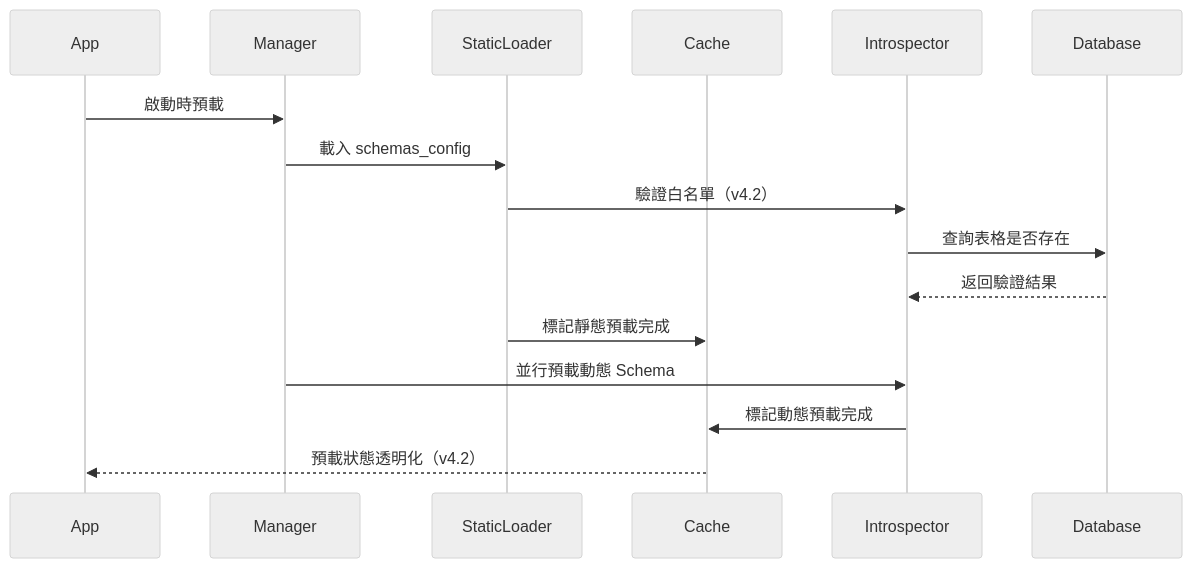
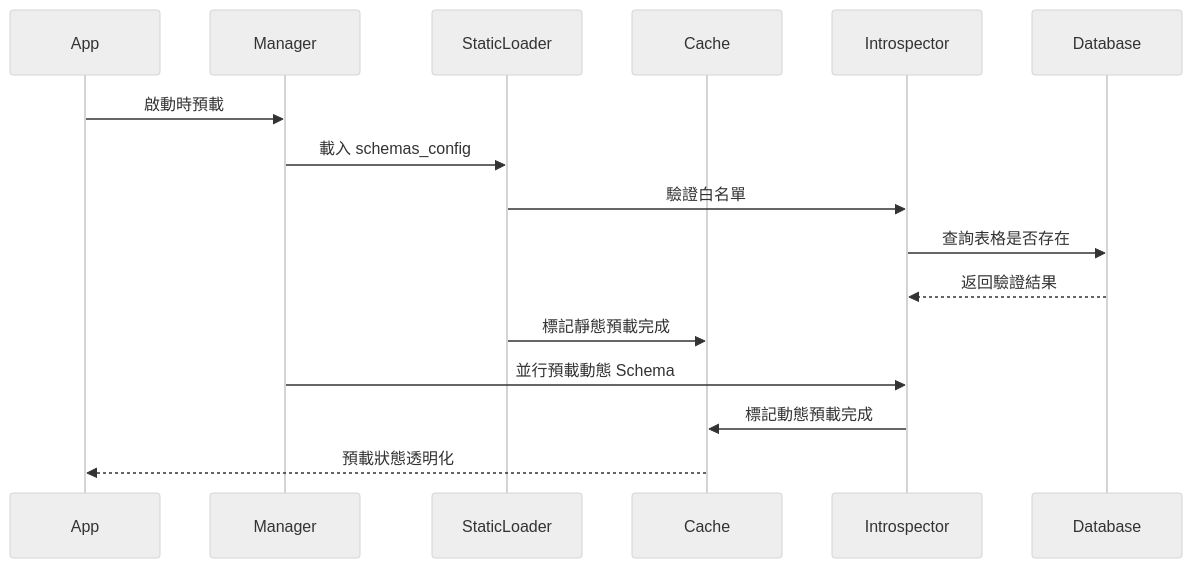
One commit to Bright0505/mcp-db changed the third of 4 diagrams in docs/architecture.md. Above: the diagram before and after it, drawn with Mermaid (neutral theme). The commit also changed other lines of this file and 14 other files, not shown here.

````diff
--- a/docs/architecture.md
+++ b/docs/architecture.md
@@ -510,19 +510,19 @@
 ```mermaid
 sequenceDiagram
     participant App
     participant Manager
     participant StaticLoader
     participant Cache
     participant Introspector
     participant Database
 
     App->>Manager: 啟動時預載
     Manager->>StaticLoader: 載入 schemas_config
-    StaticLoader->>Introspector: 驗證白名單（v4.2）
+    StaticLoader->>Introspector: 驗證白名單
     Introspector->>Database: 查詢表格是否存在
     Database-->>Introspector: 返回驗證結果
     StaticLoader->>Cache: 標記靜態預載完成
     Manager->>Introspector: 並行預載動態 Schema
     Introspector->>Cache: 標記動態預載完成
-    Cache-->>App: 預載狀態透明化（v4.2）
+    Cache-->>App: 預載狀態透明化
 ```
````
